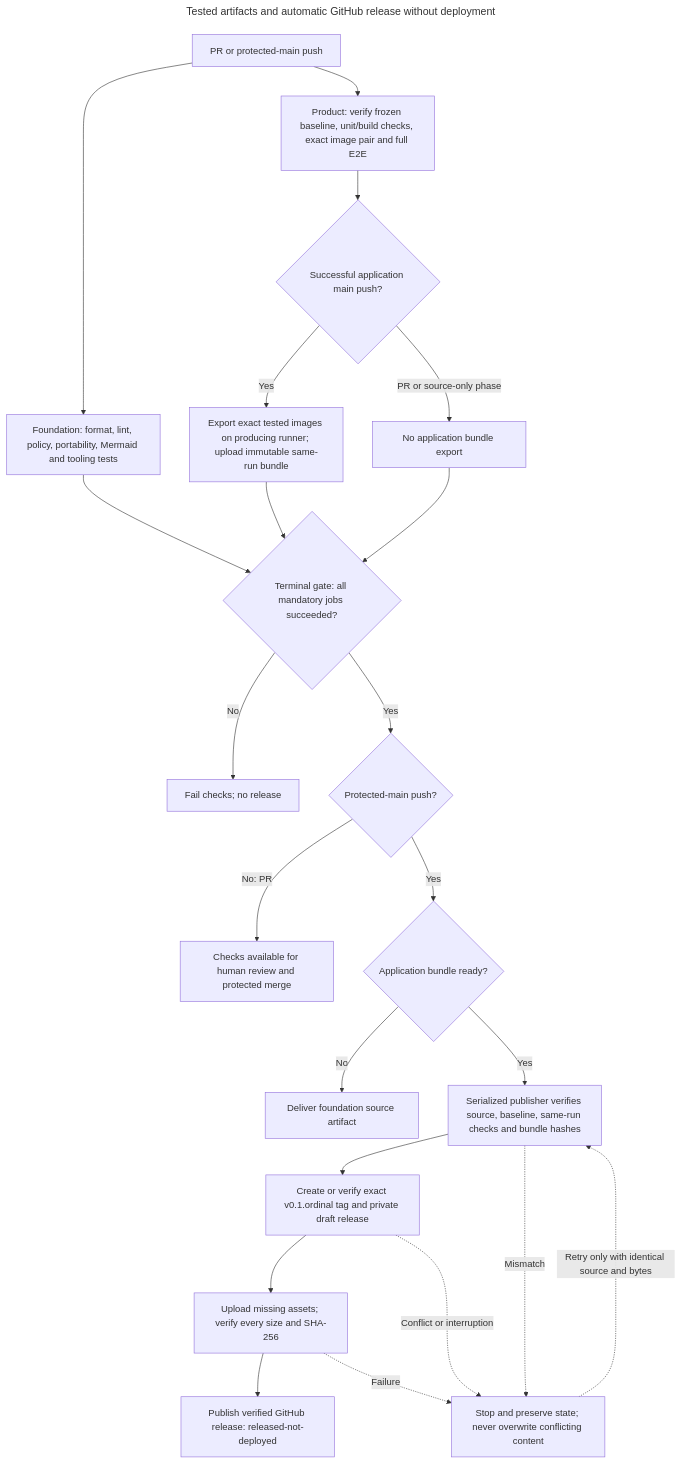
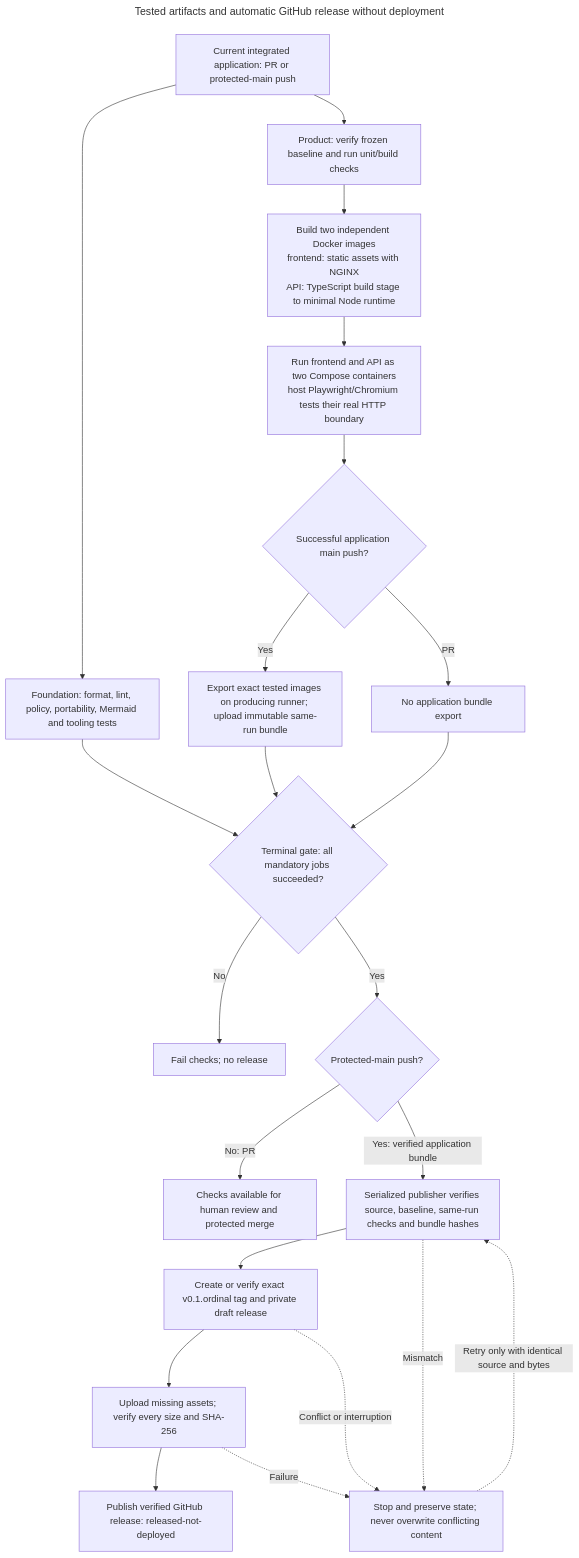
One commit to brobro10000/mp3-frame-counter changed the diagram in docs/architecture/diagrams/release.mmd. Above: the diagram before and after it, drawn with Mermaid. The commit also changed 26 other files, not shown here.

```diff
--- a/docs/architecture/diagrams/release.mmd
+++ b/docs/architecture/diagrams/release.mmd
@@ -1,40 +1,43 @@
 ---
 title: Tested artifacts and automatic GitHub release without deployment
 query: >-
   Show the implemented CI and release-only flow. Distinguish PR validation from protected-main publication, parallel
   foundation/product checks from the terminal control-plane gate, and the same-run exact tested image export from
   publication. Include frozen baseline verification, complete acceptance, immutable artifact/provenance checks,
   version/tag identity, draft asset verification and safe identical retries. Do not add deployment, registry push,
   provider provisioning or production approval; those are absent from the current release implementation.
+  For the current integrated application, show independent Docker image builds, the two running Compose containers
+  and host acceptance processes, then export of those exact tested images. Images and archives are artifacts, not
+  extra running services. Earlier source-only phases have a separate foundation-delivery path outside this view.
 references:
   - "File: /.github/workflows/ci.yml"
   - "File: /scripts/run-ci-phase.mjs"
   - "File: /scripts/ci-gate.mjs"
   - "File: /scripts/publish-release-bundle.mjs"
   - "File: /scripts/prepare-release.mjs"
   - "File: /scripts/publish-release.mjs"
   - "File: /scripts/publish-release-evidence.mjs"
   - "File: /scripts/release-manifest.mjs"
 ---
 flowchart TD
-    EVENT["PR or protected-main push"] --> F["Foundation: format, lint, policy, portability, Mermaid and tooling tests"]
-    EVENT --> P["Product: verify frozen baseline, unit/build checks, exact image pair and full E2E"]
-    P --> KIND{"Successful application main push?"}
+    EVENT["Current integrated application: PR or protected-main push"] --> F["Foundation: format, lint, policy, portability, Mermaid and tooling tests"]
+    EVENT --> P["Product: verify frozen baseline and run unit/build checks"]
+    P --> BUILD["Build two independent Docker images<br/>frontend: static assets with NGINX<br/>API: TypeScript build stage to minimal Node runtime"]
+    BUILD --> TEST["Run frontend and API as two Compose containers<br/>host Playwright/Chromium tests their real HTTP boundary"]
+    TEST --> KIND{"Successful application main push?"}
     KIND -->|"Yes"| B["Export exact tested images on producing runner; upload immutable same-run bundle"]
-    KIND -->|"PR or source-only phase"| RESULT["No application bundle export"]
+    KIND -->|"PR"| RESULT["No application bundle export"]
     F --> G{"Terminal gate: all mandatory jobs succeeded?"}
     B --> G
     RESULT --> G
     G -->|"No"| STOP["Fail checks; no release"]
     G -->|"Yes"| MAIN{"Protected-main push?"}
     MAIN -->|"No: PR"| REVIEW["Checks available for human review and protected merge"]
-    MAIN -->|"Yes"| READY{"Application bundle ready?"}
-    READY -->|"No"| SOURCE["Deliver foundation source artifact"]
-    READY -->|"Yes"| VERIFY["Serialized publisher verifies source, baseline, same-run checks and bundle hashes"]
+    MAIN -->|"Yes: verified application bundle"| VERIFY["Serialized publisher verifies source, baseline, same-run checks and bundle hashes"]
     VERIFY --> DRAFT["Create or verify exact v0.1.ordinal tag and private draft release"]
     DRAFT --> ASSETS["Upload missing assets; verify every size and SHA-256"]
     ASSETS --> RELEASE["Publish verified GitHub release: released-not-deployed"]
     VERIFY -.->|"Mismatch"| FAIL["Stop and preserve state; never overwrite conflicting content"]
     DRAFT -.->|"Conflict or interruption"| FAIL
     ASSETS -.->|"Failure"| FAIL
     FAIL -.->|"Retry only with identical source and bytes"| VERIFY
```
